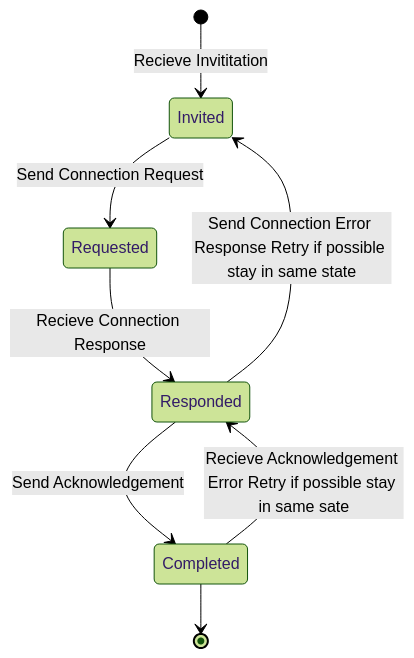
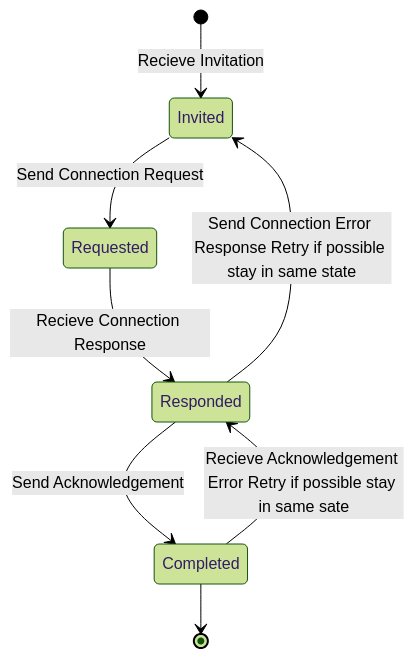
The third of 3 diagrams in mercury/prism-mediator/protocol-invitation/Invitation-Protocol.md (hyperledger/identus-cloud-agent), drawn with Mermaid (forest theme) before and after one commit. The commit also changed other lines of this file and 1 other file, not shown here.

````diff
--- a/mercury/prism-mediator/protocol-invitation/Invitation-Protocol.md
+++ b/mercury/prism-mediator/protocol-invitation/Invitation-Protocol.md
@@ -26,10 +48,10 @@
 ```mermaid
 stateDiagram-v2
-  [*] --> Invited:Recieve Invititation 
+  [*] --> Invited:Recieve Invitation 
   Invited --> Requested: Send Connection Request
   Requested --> Responded: Recieve Connection Response
   Responded --> Invited: Send Connection Error Response Retry if possible stay in same state
   Responded --> Completed: Send Acknowledgement
   Completed --> Responded: Recieve Acknowledgement Error Retry if possible stay in same sate
   Completed --> [*] 
 ```
````
